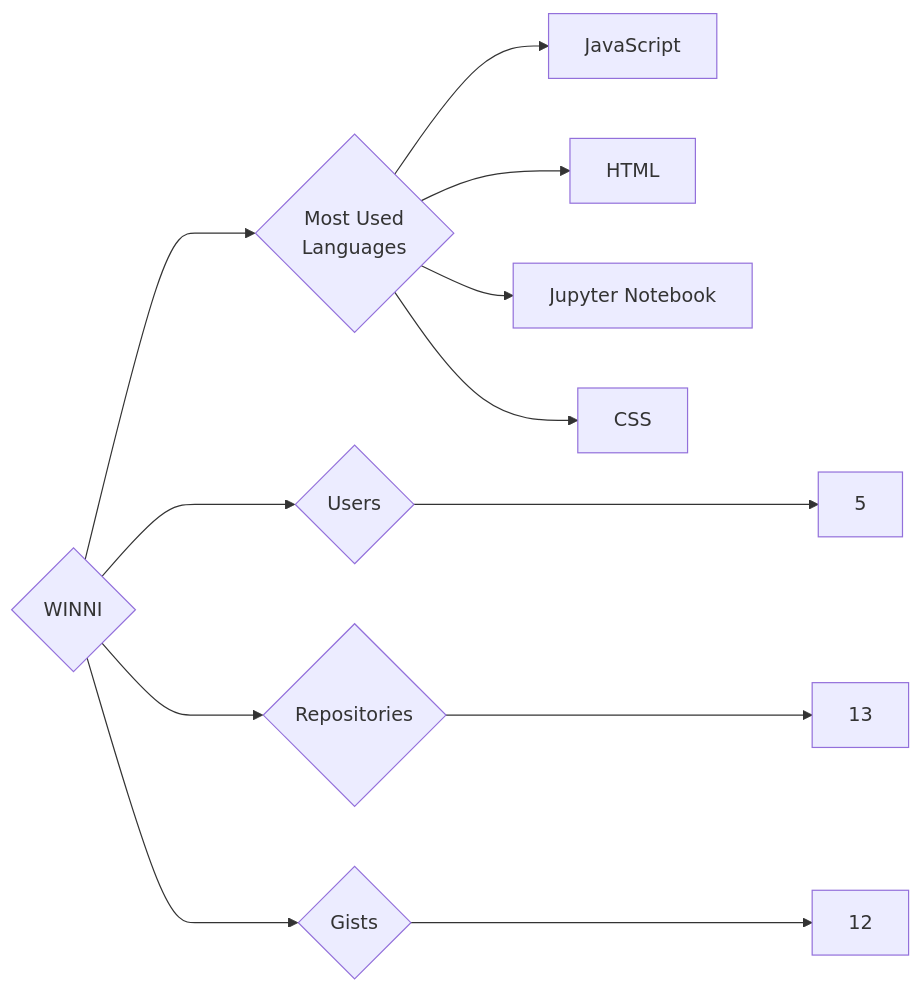
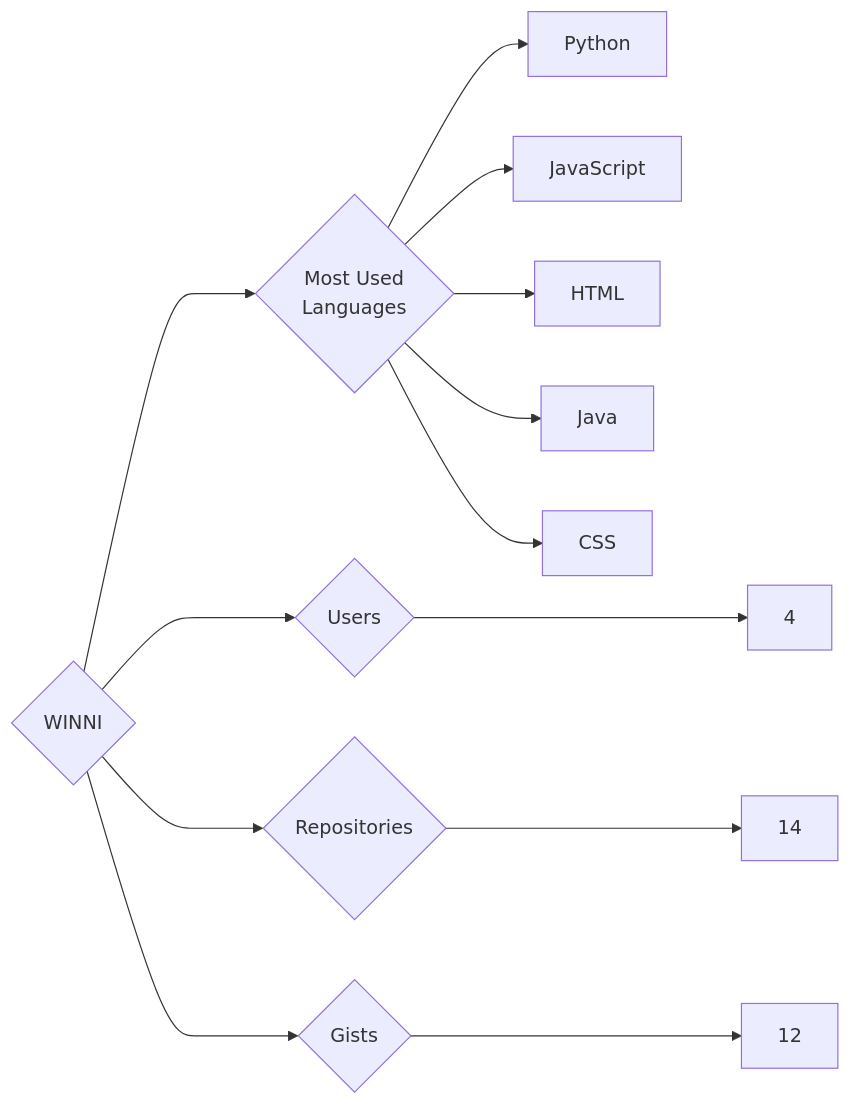
Before and after one commit to trickest/insiders: the diagram in targets/WINNI/README.md, drawn with Mermaid. The commit also changed 815 other files, not shown here.

````diff
--- a/targets/WINNI/README.md
+++ b/targets/WINNI/README.md
@@ -3,12 +3,13 @@
 ```mermaid
 graph LR
 COMPANY_NAME{WINNI}
-COMPANY_NAME ---> U{Users} ---> UN[5]
-COMPANY_NAME ---> R{Repositories} ---> RN[13]
+COMPANY_NAME ---> U{Users} ---> UN[4]
+COMPANY_NAME ---> R{Repositories} ---> RN[14]
 COMPANY_NAME ---> G{Gists} ---> GN[12]
 COMPANY_NAME ---> ML{Most Used<br>Languages}
+ML --> Python[Python]
 ML --> JavaScript[JavaScript]
 ML --> HTML[HTML]
-ML --> Jupyter_Notebook[Jupyter Notebook]
+ML --> Java[Java]
 ML --> CSS[CSS]
 ```
````
